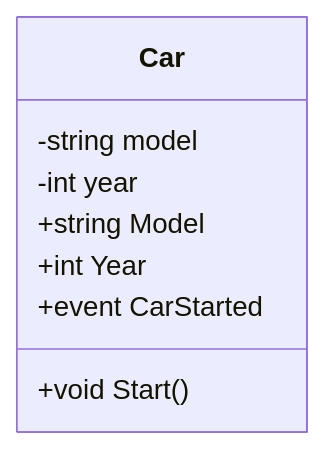
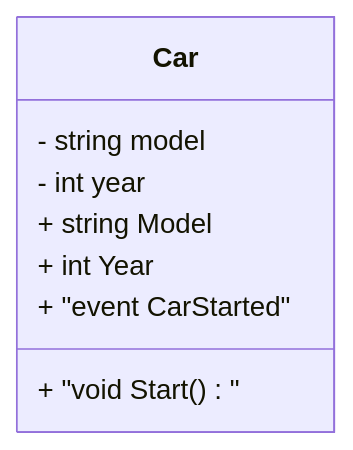
One commit to 42jerrykim/42jerrykim.github.io changed the seventh of 14 diagrams in content/post/2024/2024-10-15-csharp-class/index.md. Above: the diagram before and after it, drawn with Mermaid. The commit also changed other lines of this file and 239 other files, not shown here.

````diff
--- a/content/post/2024/2024-10-15-csharp-class/index.md
+++ b/content/post/2024/2024-10-15-csharp-class/index.md
@@ -749,11 +659,11 @@
 ```mermaid
 classDiagram
     class Car {
-        -string model
-        -int year
-        +string Model
-        +int Year
-        +void Start()
-        +event CarStarted
+        - string model
+        - int year
+        + string Model
+        + int Year
+        + "void Start()"
+        + "event CarStarted"
     }
 ```
````
